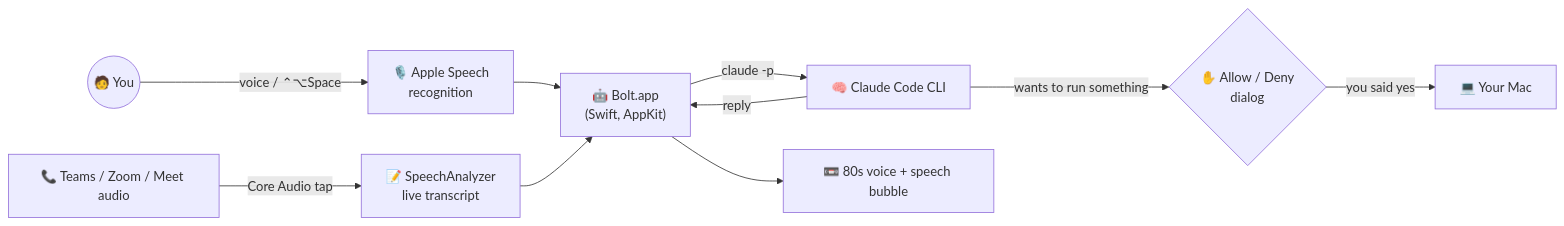
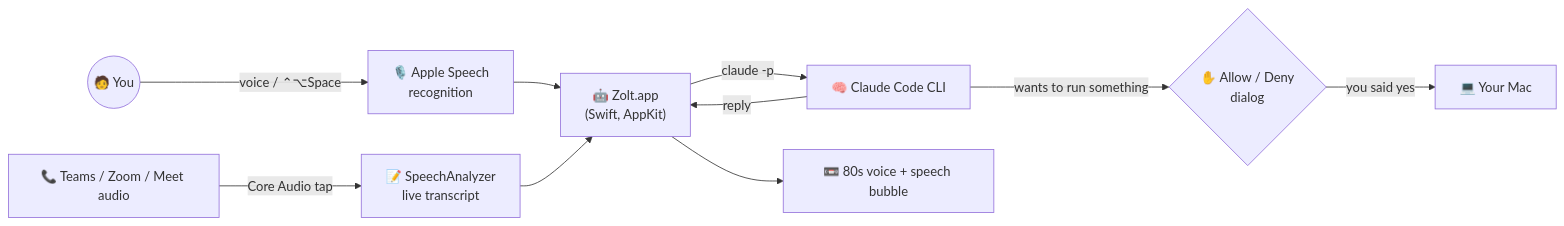
Before and after one commit to c0ldskin/zolt-bot: the diagram in README.md, drawn with Mermaid. The commit also changed other lines of this file and 13 other files, not shown here.

First line of the commit message:
Rename Bolt to Zolt

````diff
--- a/README.md
+++ b/README.md
@@ -87,12 +87,12 @@
 ```mermaid
 flowchart LR
     You(("🧑 You")) -- "voice / ⌃⌥Space" --> Ears["🎙️ Apple Speech<br/>recognition"]
-    Ears --> Bolt["🤖 Bolt.app<br/>(Swift, AppKit)"]
-    Bolt -- "claude -p" --> Brain["🧠 Claude Code CLI"]
+    Ears --> Zolt["🤖 Zolt.app<br/>(Swift, AppKit)"]
+    Zolt -- "claude -p" --> Brain["🧠 Claude Code CLI"]
     Brain -- "wants to run something" --> Hook{"✋ Allow / Deny<br/>dialog"}
     Hook -- "you said yes" --> Mac["💻 Your Mac"]
-    Brain -- "reply" --> Bolt
-    Bolt --> Voice["📼 80s voice + speech bubble"]
+    Brain -- "reply" --> Zolt
+    Zolt --> Voice["📼 80s voice + speech bubble"]
     Call["📞 Teams / Zoom / Meet audio"] -- "Core Audio tap" --> Notes["📝 SpeechAnalyzer<br/>live transcript"]
-    Notes --> Bolt
+    Notes --> Zolt
 ```
````
